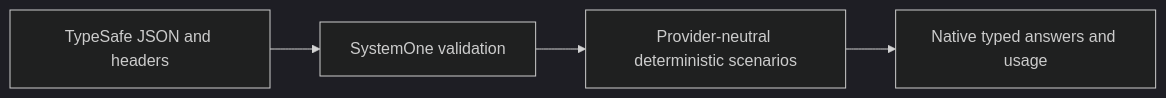
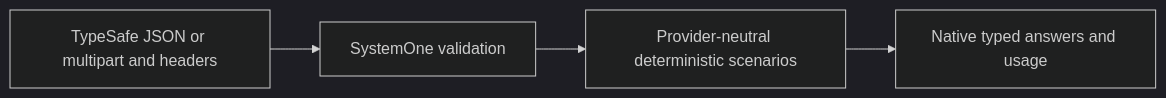
One commit to managedcode/LlmTck changed the diagram in docs/Features/Jev114.md. Above: the diagram before and after it, drawn with Mermaid (dark theme). The commit also changed other lines of this file and 14 other files, not shown here.

Commit message:
Support multipart Jev uploads and native SystemOne clients

````diff
--- a/docs/Features/Jev114.md
+++ b/docs/Features/Jev114.md
@@ -33,6 +55,6 @@
 ```mermaid
 flowchart LR
-  Request[TypeSafe JSON and headers] --> Validation[SystemOne validation]
+  Request[TypeSafe JSON or multipart and headers] --> Validation[SystemOne validation]
   Validation --> Runtime[Provider-neutral deterministic scenarios]
   Runtime --> Response[Native typed answers and usage]
 ```
````
